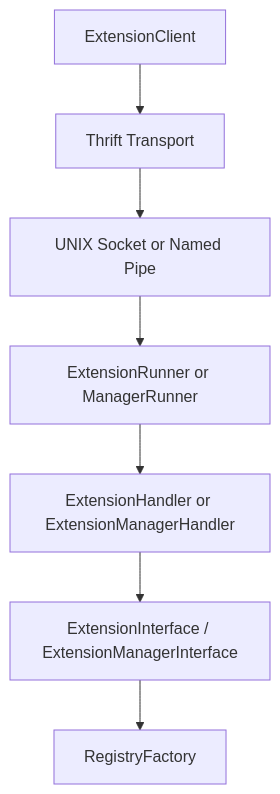
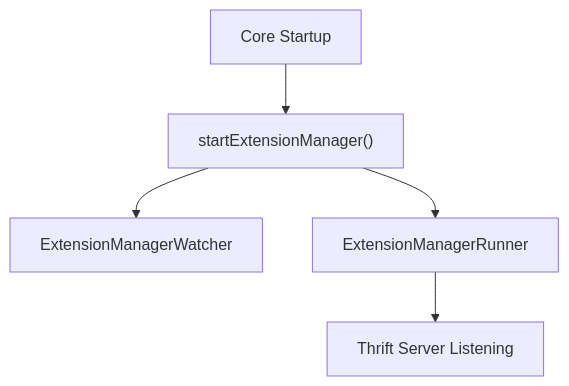
Before and after one commit to flamingo-stack/osquery: the second of 6 diagrams in docs/reference/architecture/extensions-and-ipc/extensions-and-ipc.md, drawn with Mermaid. The commit also changed other lines of this file and 388 other files, not shown here.

````diff
--- a/docs/reference/architecture/extensions-and-ipc/extensions-and-ipc.md
+++ b/docs/reference/architecture/extensions-and-ipc/extensions-and-ipc.md
@@ -61,9 +62,7 @@
 ```mermaid
 flowchart TD
-    Client["ExtensionClient"] --> Transport["Thrift Transport"]
-    Transport --> Socket["UNIX Socket or Named Pipe"]
-    Socket --> Server["ExtensionRunner or ManagerRunner"]
-    Server --> Handler["ExtensionHandler or ExtensionManagerHandler"]
-    Handler --> Interface["ExtensionInterface / ExtensionManagerInterface"]
-    Interface --> Registry["RegistryFactory"]
+    Start["Core Startup"] --> ManagerStart["startExtensionManager()"]
+    ManagerStart --> Watcher["ExtensionManagerWatcher"]
+    ManagerStart --> Runner["ExtensionManagerRunner"]
+    Runner --> Listening["Thrift Server Listening"]
 ```
````
